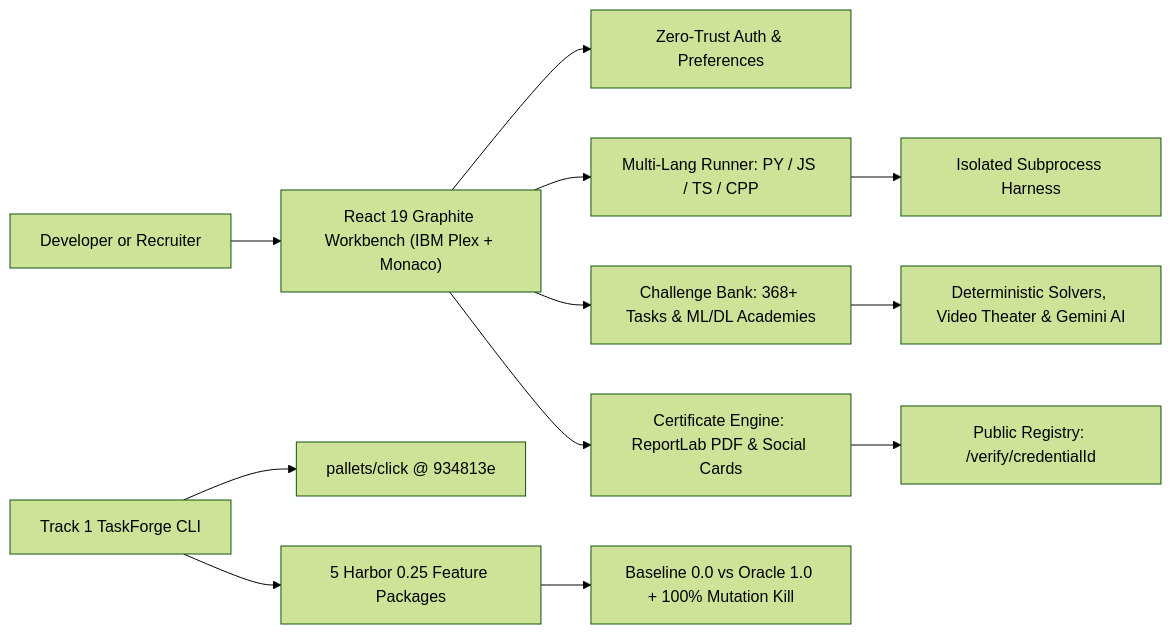
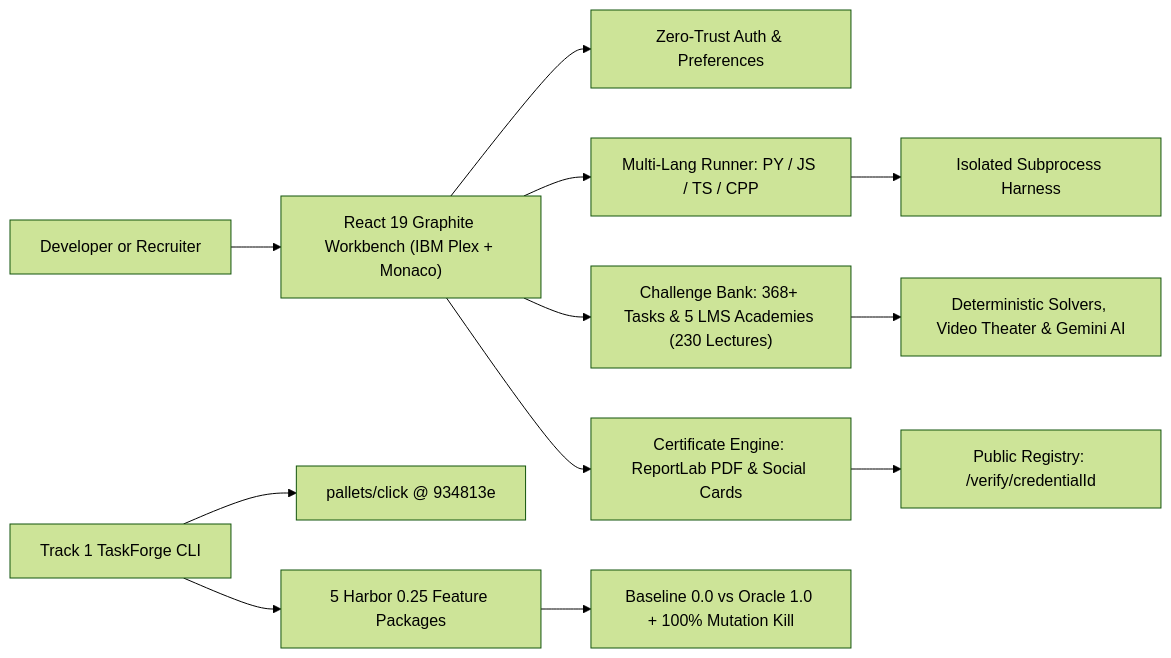
One commit to Ranjeet7680/AI-Powered-Coding-Challenge-Developer-Assessment-Platform changed the diagram in wiki/Home.md. Above: the diagram before and after it, drawn with Mermaid (forest theme). The commit also changed other lines of this file and 36 other files, not shown here.

````diff
--- a/wiki/Home.md
+++ b/wiki/Home.md
@@ -27,16 +27,16 @@
 ```mermaid
 flowchart LR
   User["Developer or Recruiter"] --> Frontend["React 19 Graphite Workbench (IBM Plex + Monaco)"]
   Frontend --> AuthAPI["Zero-Trust Auth & Preferences"]
   Frontend --> SandboxAPI["Multi-Lang Runner: PY / JS / TS / CPP"]
-  Frontend --> BankAPI["Challenge Bank: 368+ Tasks & ML/DL Academies"]
+  Frontend --> BankAPI["Challenge Bank: 368+ Tasks & 5 LMS Academies (230 Lectures)"]
   Frontend --> CertAPI["Certificate Engine: ReportLab PDF & Social Cards"]
 
   SandboxAPI --> Proc["Isolated Subprocess Harness"]
   BankAPI --> Synth["Deterministic Solvers, Video Theater & Gemini AI"]
   CertAPI --> Verify["Public Registry: /verify/credentialId"]
 
   Harbor["Track 1 TaskForge CLI"] --> ClickBase["pallets/click @ 934813e"]
   Harbor --> Packages["5 Harbor 0.25 Feature Packages"]
   Packages --> Audit["Baseline 0.0 vs Oracle 1.0 + 100% Mutation Kill"]
 ```
````
